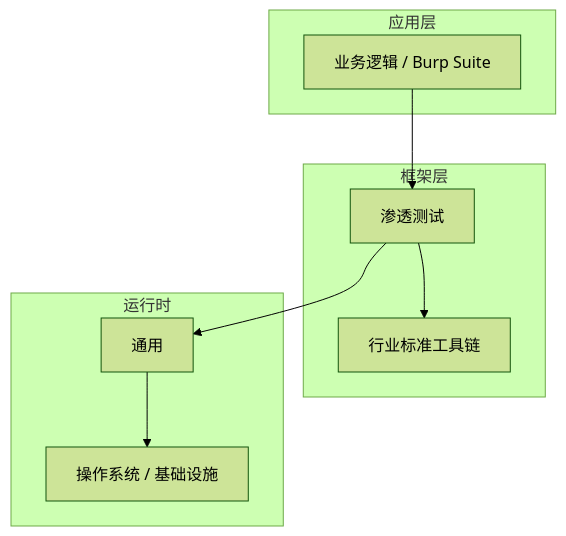
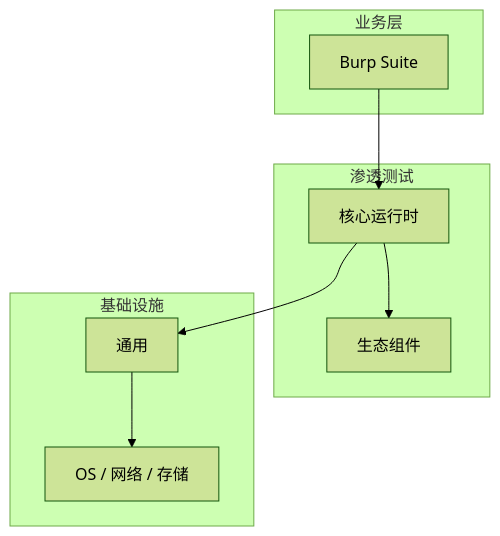
Before and after one commit to yanggan2015/knowledge-json-v2: the diagram in articles/渗透测试/chapters/077-Burp-Suite核心概念与原理.md, drawn with Mermaid (forest theme). The commit also changed other lines of this file and 10127 other files, not shown here.

````diff
--- a/articles/渗透测试/chapters/077-Burp-Suite核心概念与原理.md
+++ b/articles/渗透测试/chapters/077-Burp-Suite核心概念与原理.md
@@ -46,18 +31,18 @@
 ```mermaid
 graph TB
-    subgraph 应用层
-        A[业务逻辑 / Burp Suite]
+    subgraph 业务层
+        A[Burp Suite]
     end
-    subgraph 框架层
-        B[渗透测试]
-        C[行业标准工具链]
+    subgraph 渗透测试
+        B[核心运行时]
+        C[生态组件]
     end
-    subgraph 运行时
+    subgraph 基础设施
         D[通用]
-        E[操作系统 / 基础设施]
+        E[OS / 网络 / 存储]
     end
     A --> B
     B --> C
     B --> D
     D --> E
 ```
````
